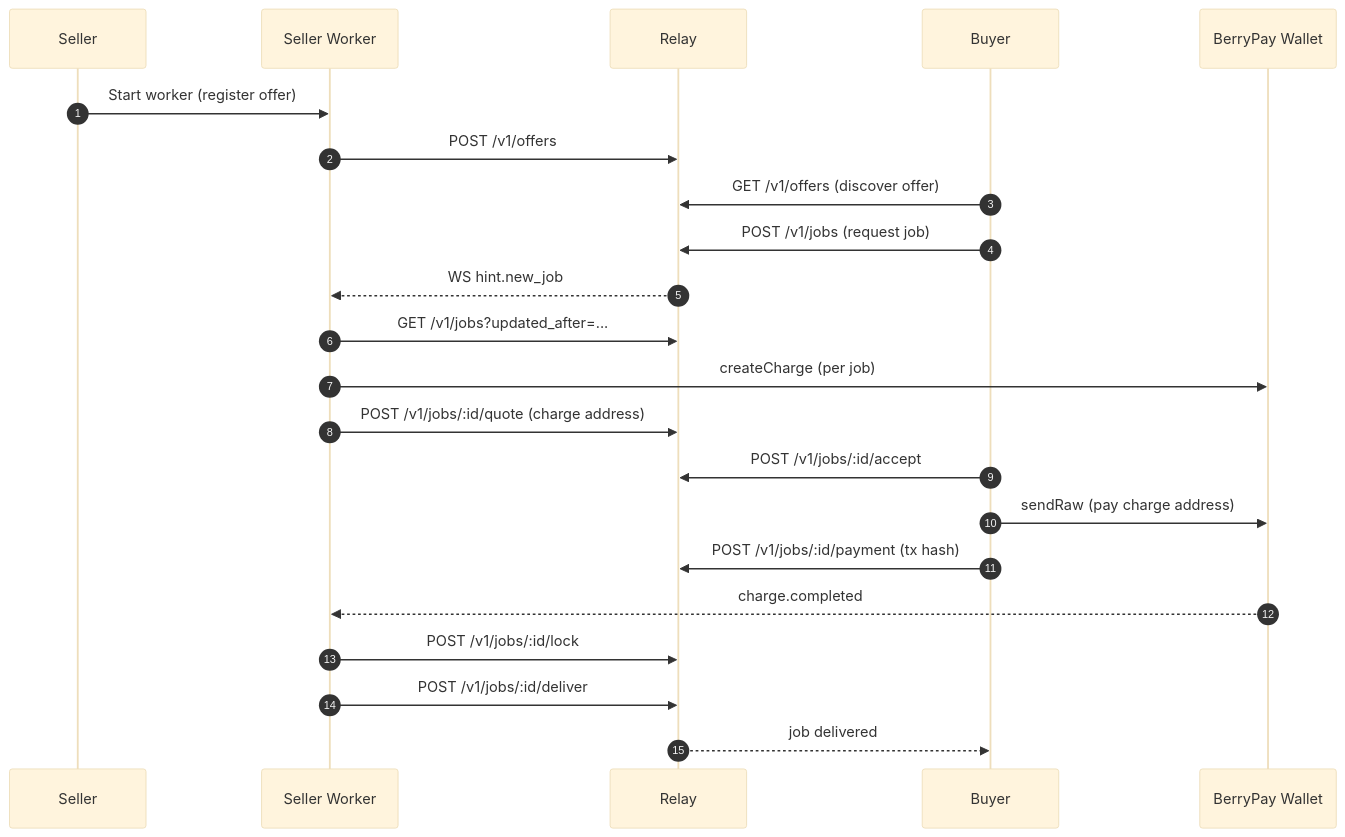
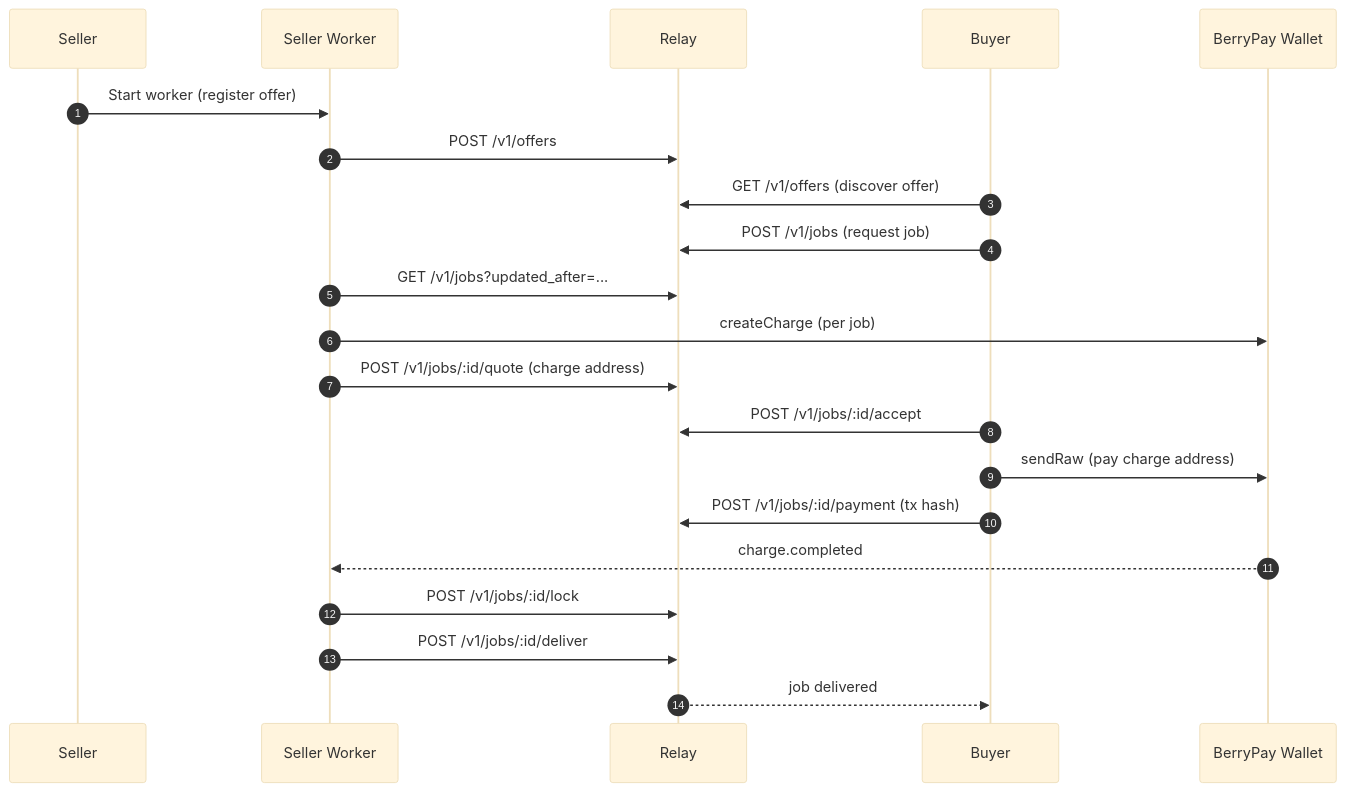
The diagram in README.md (madsb/nanopay-relay), drawn with Mermaid (base theme) before and after one commit. The commit also changed other lines of this file and 35 other files, not shown here.

````diff
--- a/README.md
+++ b/README.md
@@ -41,25 +91,24 @@
 ```mermaid
 sequenceDiagram
   autonumber
   participant Seller
   participant Worker as Seller Worker
   participant Relay
   participant Buyer
   participant Wallet as BerryPay Wallet
 
   Seller->>Worker: Start worker (register offer)
   Worker->>Relay: POST /v1/offers
   Buyer->>Relay: GET /v1/offers (discover offer)
   Buyer->>Relay: POST /v1/jobs (request job)
-  Relay-->>Worker: WS hint.new_job
   Worker->>Relay: GET /v1/jobs?updated_after=...
   Worker->>Wallet: createCharge (per job)
   Worker->>Relay: POST /v1/jobs/:id/quote (charge address)
   Buyer->>Relay: POST /v1/jobs/:id/accept
   Buyer->>Wallet: sendRaw (pay charge address)
   Buyer->>Relay: POST /v1/jobs/:id/payment (tx hash)
   Wallet-->>Worker: charge.completed
   Worker->>Relay: POST /v1/jobs/:id/lock
   Worker->>Relay: POST /v1/jobs/:id/deliver
   Relay-->>Buyer: job delivered
 ```
````
